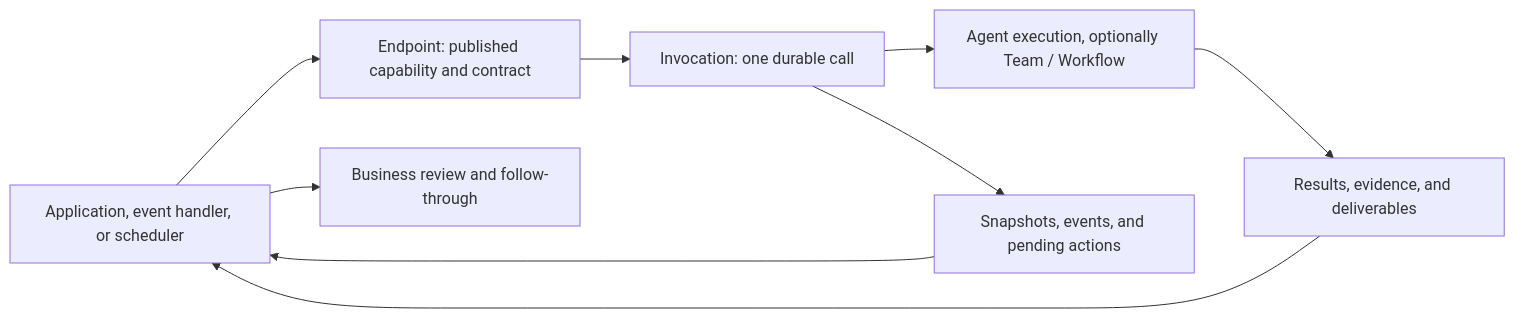
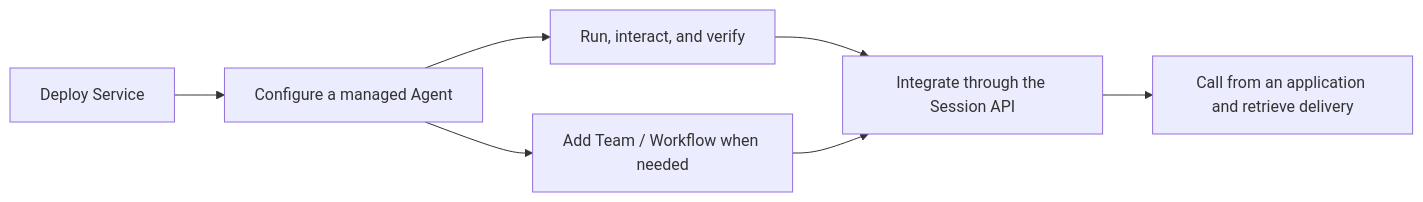
One commit to agentscope-ai/agentscope-java changed the diagram in docs/v2/en/service/index.md. Above: the diagram before and after it, drawn with Mermaid. The commit also changed other lines of this file and 221 other files, not shown here.

Commit message:
feat(service): unify Session API and refresh managed-agent docs

````diff
--- a/docs/v2/en/service/index.md
+++ b/docs/v2/en/service/index.md
@@ -46,11 +45,9 @@
 ```mermaid
 flowchart LR
-    B["Application, event handler, or scheduler"] --> E["Endpoint: published capability and contract"]
-    E --> I["Invocation: one durable call"]
-    I --> X["Agent execution, optionally Team / Workflow"]
-    X --> R["Results, evidence, and deliverables"]
-    I --> P["Snapshots, events, and pending actions"]
-    P --> B
-    R --> B
-    B --> H["Business review and follow-through"]
+    D["Deploy Service"] --> A["Configure a managed Agent"]
+    A --> S["Run, interact, and verify"]
+    S --> E["Integrate through the Session API"]
+    E --> B["Call from an application and retrieve delivery"]
+    A --> C["Add Team / Workflow when needed"]
+    C --> E
 ```
````
